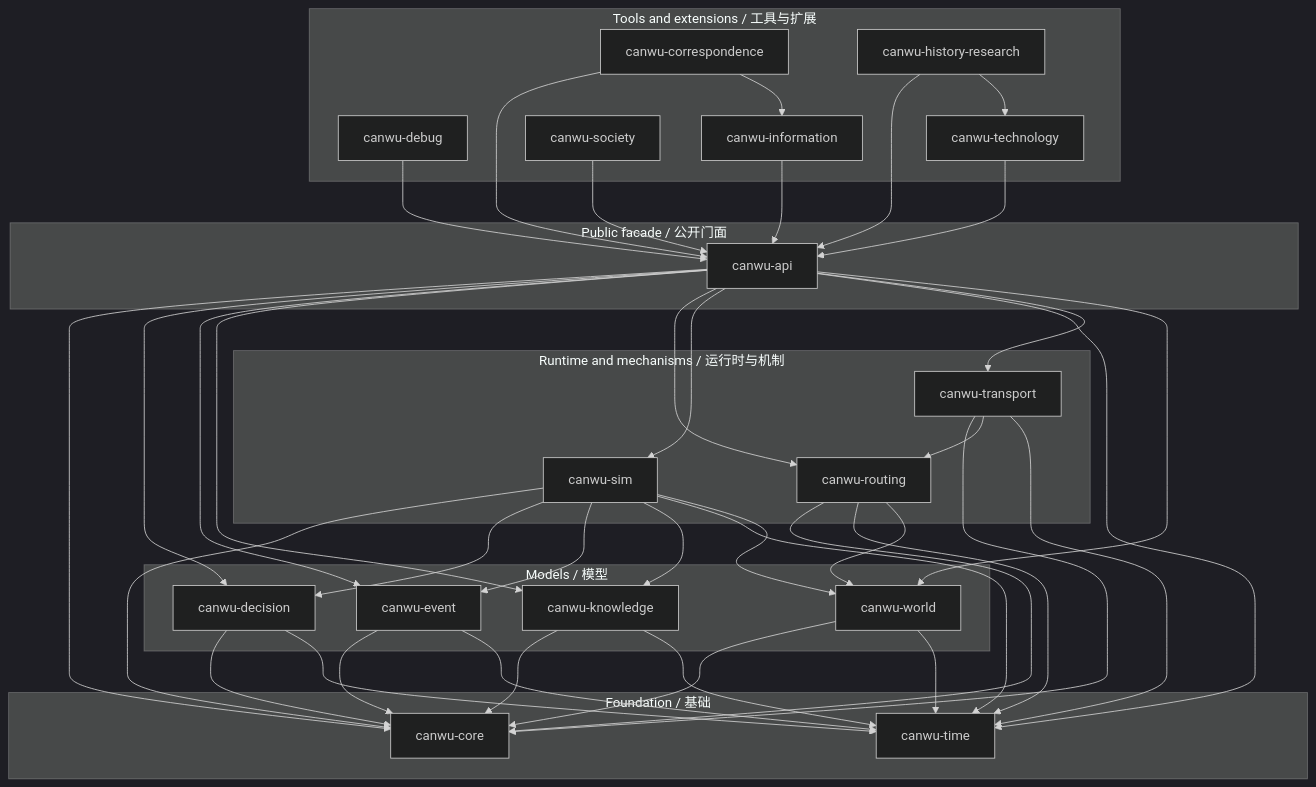
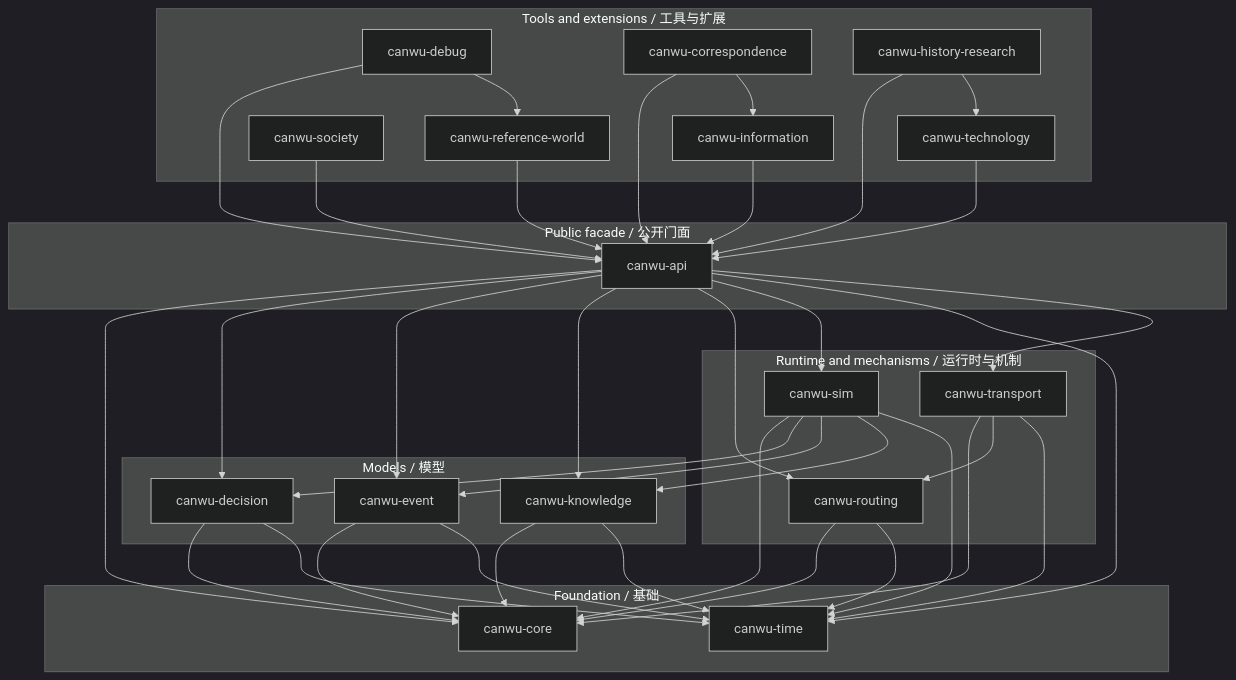
Before and after one commit to PeiyuanQi/canwu: the third of 6 diagrams in docs/architecture.md, drawn with Mermaid (dark theme). The commit also changed other lines of this file and 81 other files, not shown here.

Commit message:
refactor: migrate reference world out of core model

````diff
--- a/docs/architecture.md
+++ b/docs/architecture.md
@@ -129,76 +129,73 @@
 ```mermaid
 flowchart TB
     subgraph ToolsExtensions["Tools and extensions / 工具与扩展"]
         Debug["canwu-debug"]
         Correspondence["canwu-correspondence"]
         Information["canwu-information"]
         Society["canwu-society"]
         Technology["canwu-technology"]
         History["canwu-history-research"]
+        ReferenceWorld["canwu-reference-world"]
     end
 
     subgraph Facade["Public facade / 公开门面"]
         Api["canwu-api"]
     end
 
     subgraph RuntimeMechanisms["Runtime and mechanisms / 运行时与机制"]
         Sim["canwu-sim"]
         Transport["canwu-transport"]
         Routing["canwu-routing"]
     end
 
     subgraph Models["Models / 模型"]
         Decision["canwu-decision"]
         Event["canwu-event"]
         Knowledge["canwu-knowledge"]
-        World["canwu-world"]
     end
 
     subgraph Foundation["Foundation / 基础"]
         Core["canwu-core"]
         Time["canwu-time"]
     end
 
     Debug --> Api
     Correspondence --> Api
     Correspondence --> Information
     Information --> Api
     Society --> Api
     Technology --> Api
     History --> Api
     History --> Technology
 
     Api --> Core
     Api --> Decision
     Api --> Event
     Api --> Knowledge
     Api --> Routing
     Api --> Sim
     Api --> Time
     Api --> Transport
-    Api --> World
+    ReferenceWorld --> Api
+    Debug --> ReferenceWorld
 
     Sim --> Core
     Sim --> Decision
     Sim --> Event
     Sim --> Knowledge
     Sim --> Time
-    Sim --> World
 
     Transport --> Core
     Transport --> Routing
     Transport --> Time
 
     Routing --> Core
     Routing --> Time
-    Routing --> World
 
     Decision --> Core
     Decision --> Time
     Event --> Core
     Event --> Time
     Knowledge --> Core
     Knowledge --> Time
-    World --> Core
-    World --> Time
 ```
````
